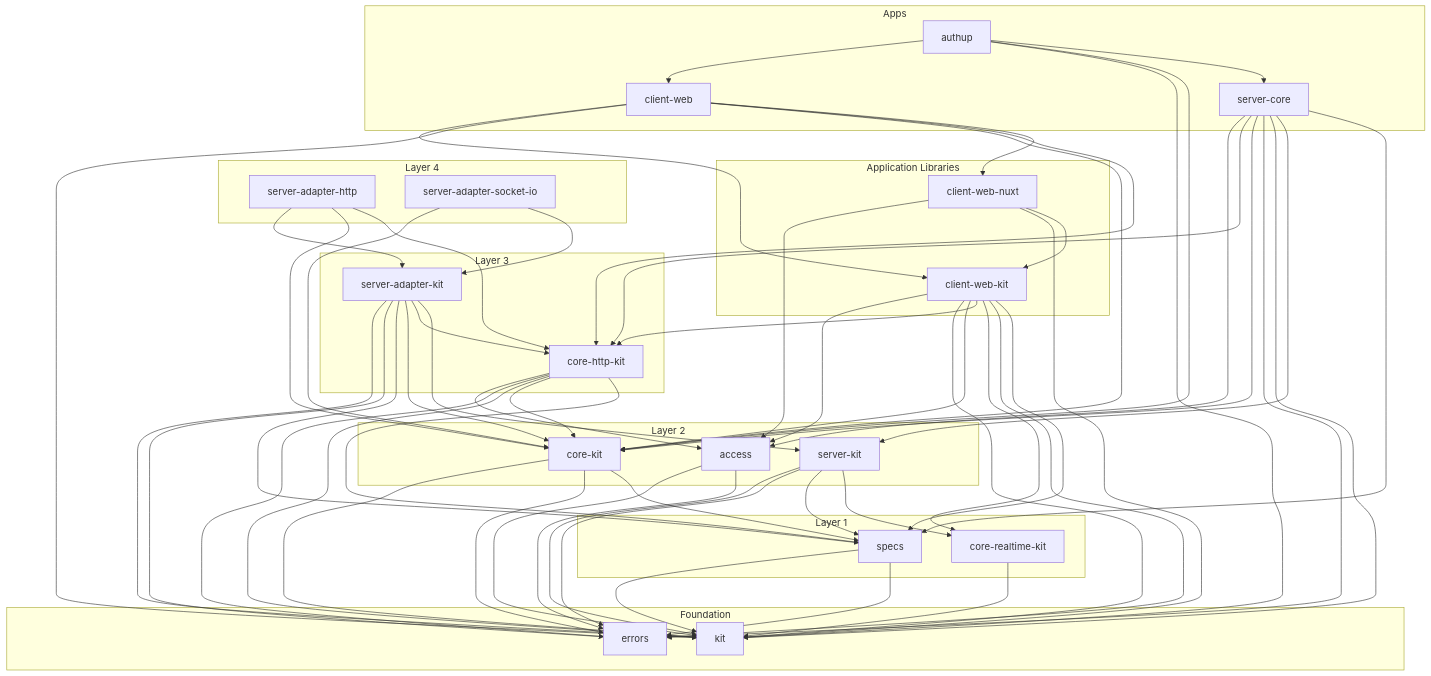
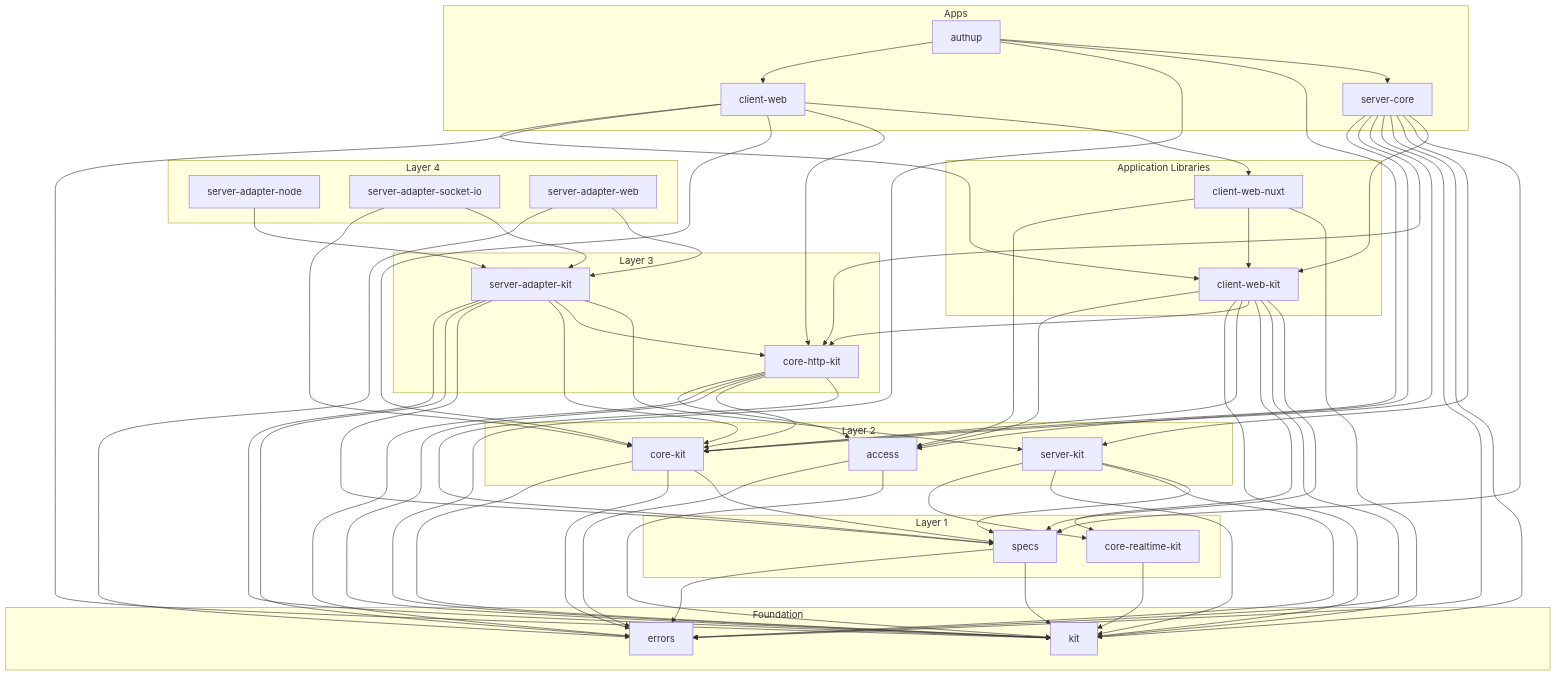
One commit to authup/authup changed the diagram in DEPENDENCY_GRAPH.md. Above: the diagram before and after it, drawn with Mermaid. The commit also changed 49 other files, not shown here.

First line of the commit message:
refactor(server-adapter)!: rename http→node, add web with verify primitives (#3038)

```diff
--- a/DEPENDENCY_GRAPH.md
+++ b/DEPENDENCY_GRAPH.md
@@ -26,8 +26,9 @@
     end
 
     subgraph Layer 4
-        server-adapter-http
+        server-adapter-node
         server-adapter-socket-io
+        server-adapter-web
     end
 
     subgraph Application Libraries
@@ -44,20 +45,20 @@
     %% Foundation has no internal deps
 
     %% Layer 1
+    specs --> errors
     specs --> kit
-    specs --> errors
     core-realtime-kit --> kit
 
     %% Layer 2
+    access --> errors
     access --> kit
-    access --> errors
     core-kit --> kit
     core-kit --> errors
     core-kit --> specs
+    server-kit --> core-realtime-kit
     server-kit --> kit
     server-kit --> errors
     server-kit --> specs
-    server-kit --> core-realtime-kit
 
     %% Layer 3
     core-http-kit --> access
@@ -73,11 +74,11 @@
     server-adapter-kit --> server-kit
 
     %% Layer 4
-    server-adapter-http --> server-adapter-kit
-    server-adapter-http --> core-kit
-    server-adapter-http --> core-http-kit
+    server-adapter-node --> server-adapter-kit
     server-adapter-socket-io --> core-kit
     server-adapter-socket-io --> server-adapter-kit
+    server-adapter-web --> errors
+    server-adapter-web --> server-adapter-kit
 
     %% Application Libraries
     client-web-kit --> access
@@ -88,8 +89,8 @@
     client-web-kit --> errors
     client-web-kit --> specs
     client-web-nuxt --> access
+    client-web-nuxt --> client-web-kit
     client-web-nuxt --> kit
-    client-web-nuxt --> client-web-kit
 
     %% Apps
     server-core --> access
@@ -99,6 +100,7 @@
     server-core --> kit
     server-core --> server-kit
     server-core --> specs
+    server-core --> client-web-kit
     client-web --> client-web-kit
     client-web --> kit
     client-web --> core-kit
```
